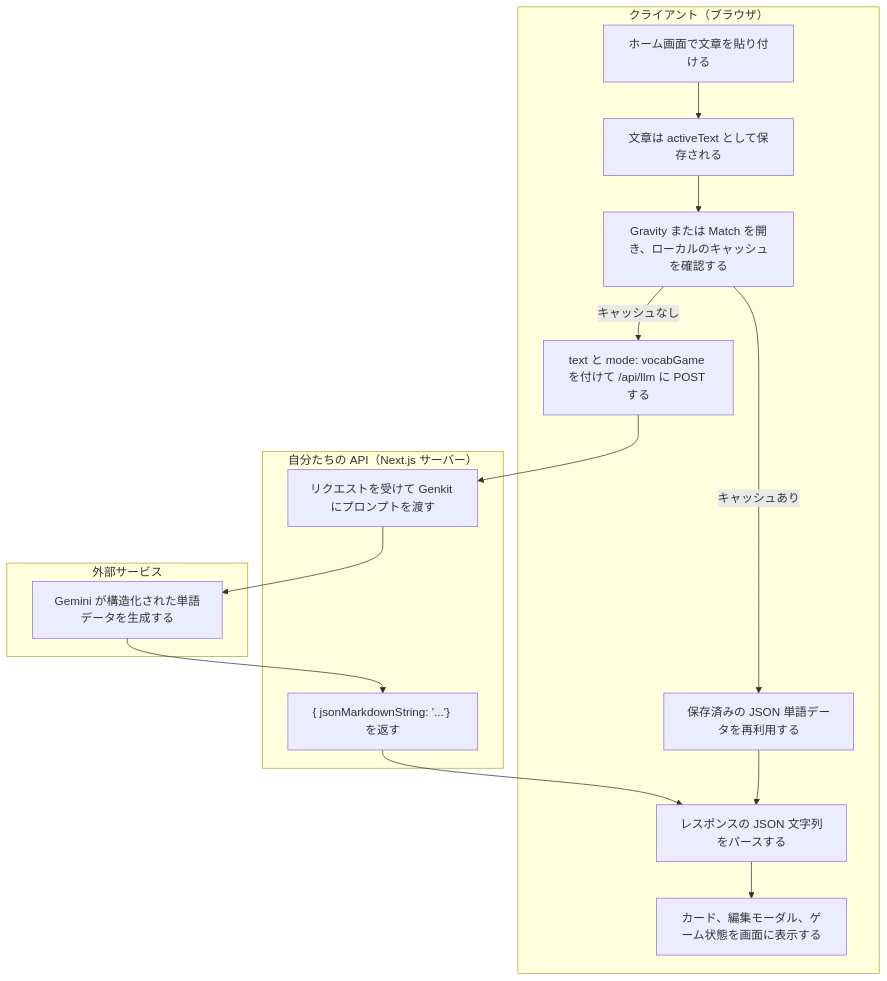
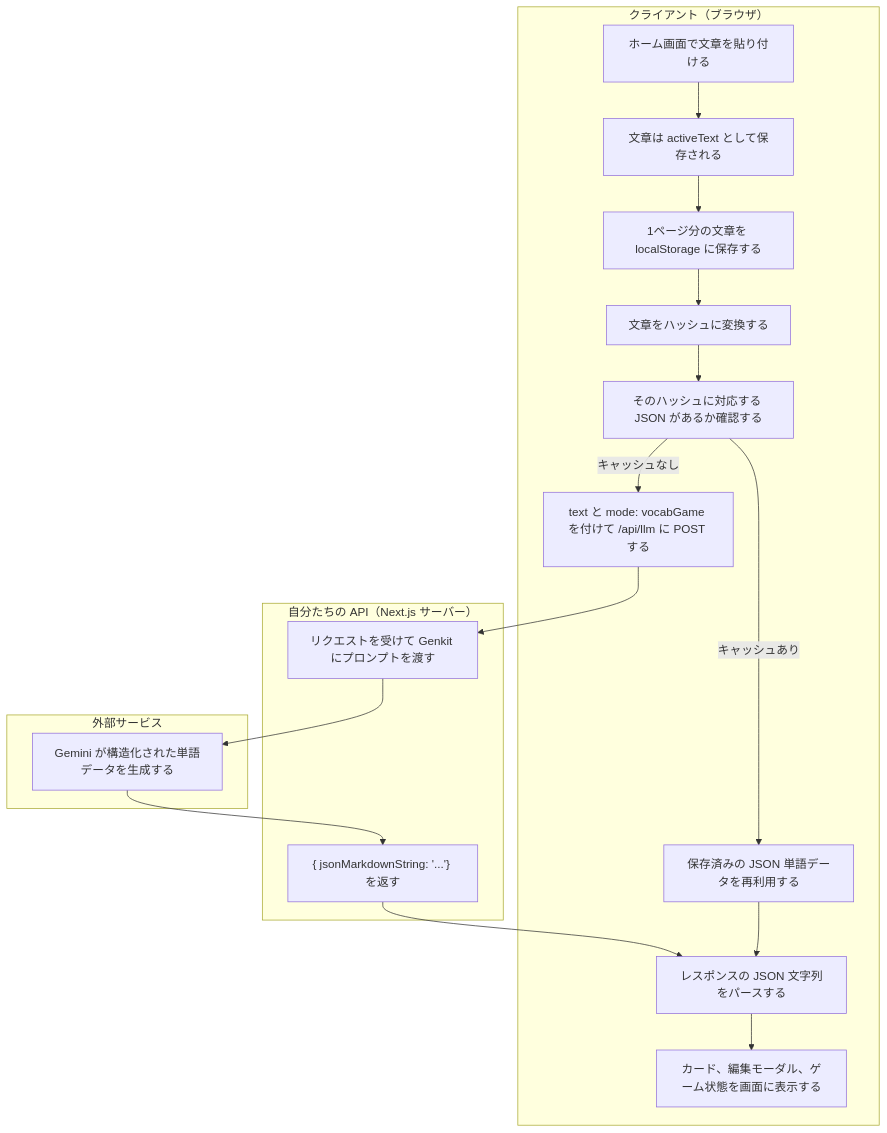
The second of 2 diagrams in docs/PRESENTATION_PLAN.md (tomPlus353/vocab-sheet-gen-ai), drawn with Mermaid before and after one commit. The commit also changed other lines of this file, not shown here.

Commit message:
[all] - Refine presentation flow diagram

````diff
--- a/docs/PRESENTATION_PLAN.md
+++ b/docs/PRESENTATION_PLAN.md
@@ -40,24 +42,26 @@
 ```mermaid
 flowchart TB
     subgraph C1["クライアント（ブラウザ）"]
         A["ホーム画面で文章を貼り付ける"] --> B["文章は activeText として保存される"]
-        B --> C["Gravity または Match を開き、ローカルのキャッシュを確認する"]
-        C -->|キャッシュあり| H["保存済みの JSON 単語データを再利用する"]
-        C -->|キャッシュなし| D["text と mode: vocabGame を付けて /api/llm に POST する"]
+        B --> C["1ページ分の文章を localStorage に保存する"]
+        C --> D["文章をハッシュに変換する"]
+        D --> E["そのハッシュに対応する JSON があるか確認する"]
+        E -->|キャッシュあり| H["保存済みの JSON 単語データを再利用する"]
+        E -->|キャッシュなし| F["text と mode: vocabGame を付けて /api/llm に POST する"]
         I["レスポンスの JSON 文字列をパースする"]
         J["カード、編集モーダル、ゲーム状態を画面に表示する"]
     end
     subgraph S1["自分たちの API（Next.js サーバー）"]
-        E["リクエストを受けて Genkit にプロンプトを渡す"]
-        G["{ jsonMarkdownString: '...'} を返す"]
+        G["リクエストを受けて Genkit にプロンプトを渡す"]
+        I1["{ jsonMarkdownString: '...'} を返す"]
     end
     subgraph T1["外部サービス"]
-        F["Gemini が構造化された単語データを生成する"]
+        J1["Gemini が構造化された単語データを生成する"]
     end
-    D --> E
-    E --> F
     F --> G
-    G --> I
+    G --> J1
+    J1 --> I1
+    I1 --> I
     H --> I
     I --> J
 ```
````
